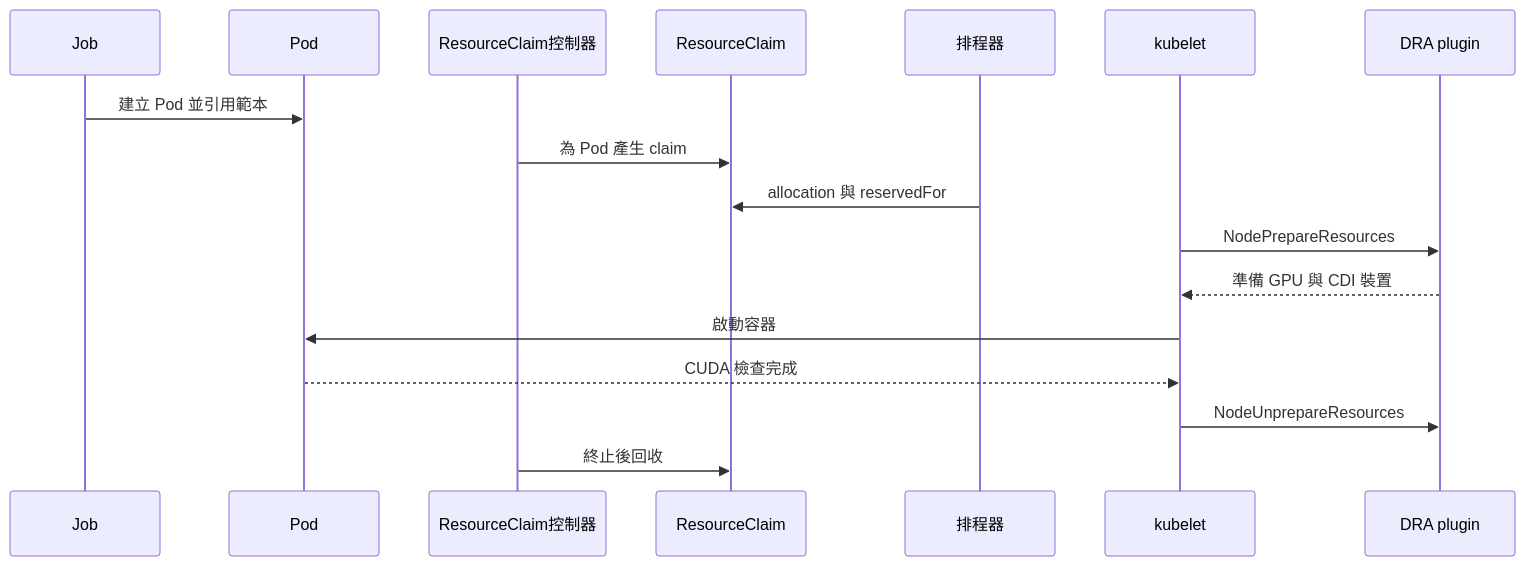
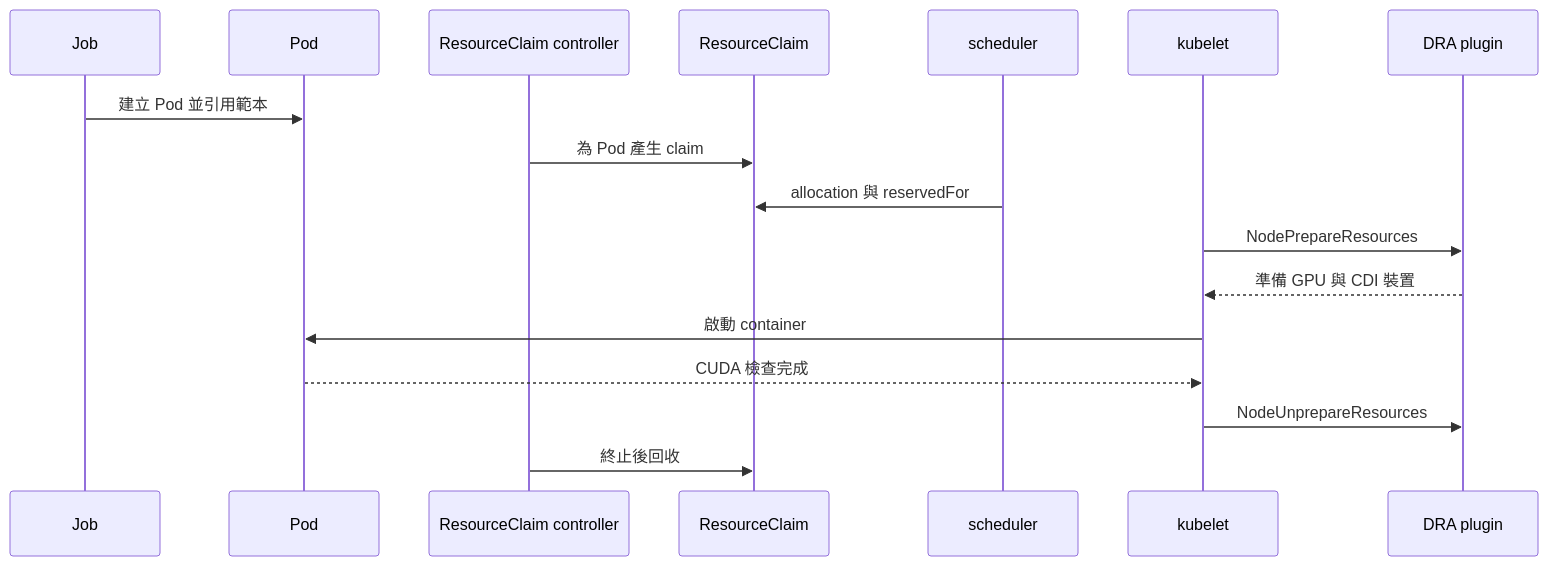
One commit to Daniel77871/dra-gpu-sharing-in-practice changed the diagram in book/02-deploy/verify.md. Above: the diagram before and after it, drawn with Mermaid. The commit also changed other lines of this file and 80 other files, not shown here.

````diff
--- a/book/02-deploy/verify.md
+++ b/book/02-deploy/verify.md
@@ -11,19 +11,19 @@
 ```mermaid
 sequenceDiagram
     participant J as Job
     participant P as Pod
-    participant R as ResourceClaim控制器
+    participant R as ResourceClaim controller
     participant C as ResourceClaim
-    participant S as 排程器
+    participant S as scheduler
     participant K as kubelet
     participant D as DRA plugin
     J->>P: 建立 Pod 並引用範本
     R->>C: 為 Pod 產生 claim
     S->>C: allocation 與 reservedFor
     K->>D: NodePrepareResources
     D-->>K: 準備 GPU 與 CDI 裝置
-    K->>P: 啟動容器
+    K->>P: 啟動 container
     P-->>K: CUDA 檢查完成
     K->>D: NodeUnprepareResources
     R->>C: 終止後回收
 ```
````
